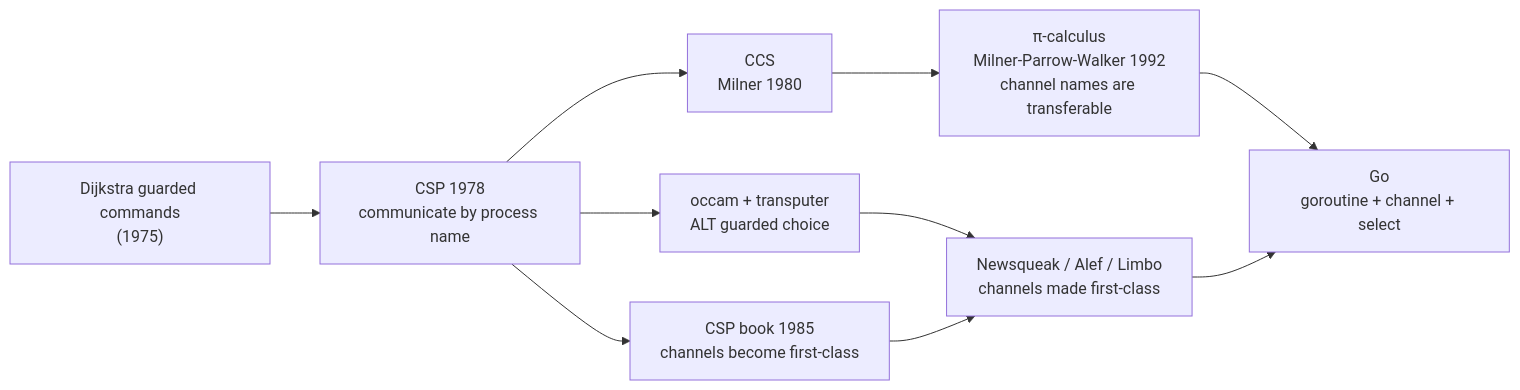
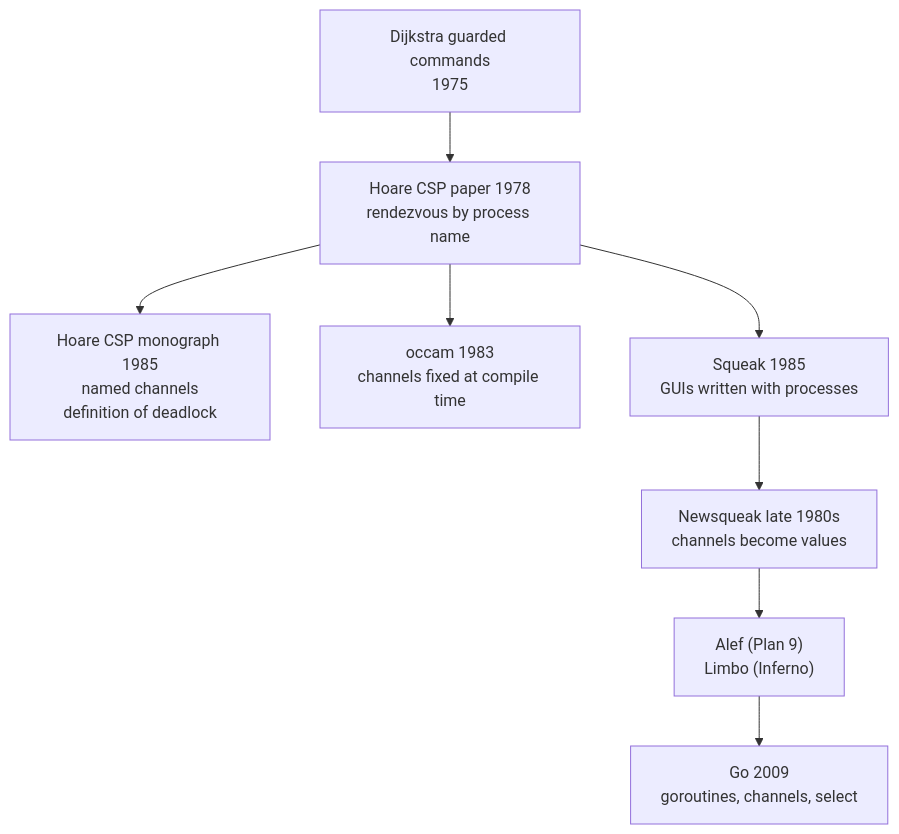
One commit to golang-design/under-the-hood changed the diagram in book/en-us/part1overview/ch01intro/csp.md. Above: the diagram before and after it, drawn with Mermaid. The commit also changed other lines of this file and 16 other files, not shown here.

````diff
--- a/book/en-us/part1overview/ch01intro/csp.md
+++ b/book/en-us/part1overview/ch01intro/csp.md
@@ -58,12 +241,10 @@
 ```mermaid
-flowchart LR
-    GC["Dijkstra guarded commands<br/>(1975)"] --> CSP78["CSP 1978<br/>communicate by process name"]
-    CSP78 --> CCS["CCS<br/>Milner 1980"]
-    CSP78 --> OCCAM["occam + transputer<br/>ALT guarded choice"]
-    CSP78 --> CSP85["CSP book 1985<br/>channels become first-class"]
-    CCS --> PI["π-calculus<br/>Milner-Parrow-Walker 1992<br/>channel names are transferable"]
-    OCCAM --> NSQ["Newsqueak / Alef / Limbo<br/>channels made first-class"]
-    CSP85 --> NSQ
-    PI --> GO["Go<br/>goroutine + channel + select"]
-    NSQ --> GO
+flowchart TD
+    GC["Dijkstra guarded commands<br/>1975"] --> CSP78["Hoare CSP paper 1978<br/>rendezvous by process name"]
+    CSP78 --> CSP85["Hoare CSP monograph 1985<br/>named channels<br/>definition of deadlock"]
+    CSP78 --> OCCAM["occam 1983<br/>channels fixed at compile time"]
+    CSP78 --> SQ["Squeak 1985<br/>GUIs written with processes"]
+    SQ --> NSQ["Newsqueak late 1980s<br/>channels become values"]
+    NSQ --> AL["Alef (Plan 9)<br/>Limbo (Inferno)"]
+    AL --> GO["Go 2009<br/>goroutines, channels, select"]
 ```
````
